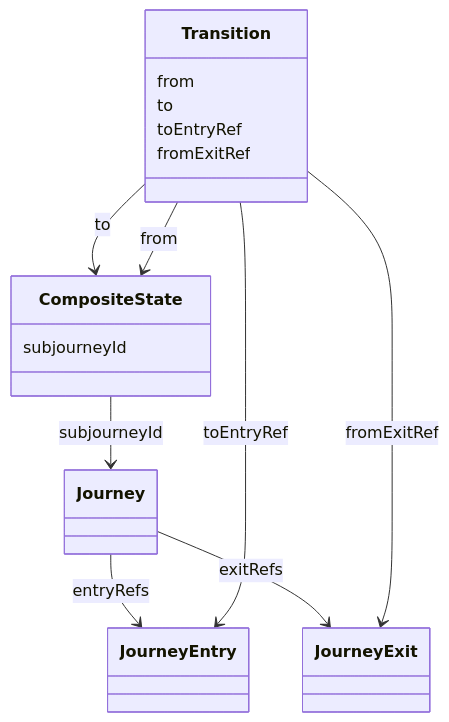
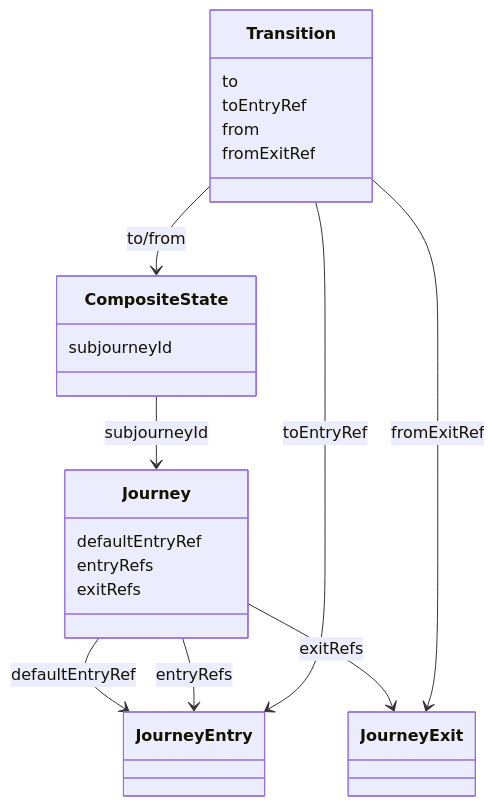
The ninth of 13 diagrams in specs/ed/graph/index.md (Bang2985/spec-ujg), drawn with Mermaid before and after one commit. The commit also changed other lines of this file and 61 other files, not shown here.

````diff
--- a/specs/ed/graph/index.md
+++ b/specs/ed/graph/index.md
@@ -615,23 +595,27 @@
 ```mermaid
 classDiagram
-  class Journey
   class CompositeState {
     subjourneyId
+  }
+  class Journey {
+    defaultEntryRef
+    entryRefs
+    exitRefs
   }
   class JourneyEntry
   class JourneyExit
   class Transition {
-    from
     to
     toEntryRef
+    from
     fromExitRef
   }
 
   CompositeState --> Journey : subjourneyId
+  Journey --> JourneyEntry : defaultEntryRef
   Journey --> JourneyEntry : entryRefs
   Journey --> JourneyExit : exitRefs
-  Transition --> CompositeState : to
+  Transition --> CompositeState : to/from
   Transition --> JourneyEntry : toEntryRef
-  Transition --> CompositeState : from
   Transition --> JourneyExit : fromExitRef
 ```
````
